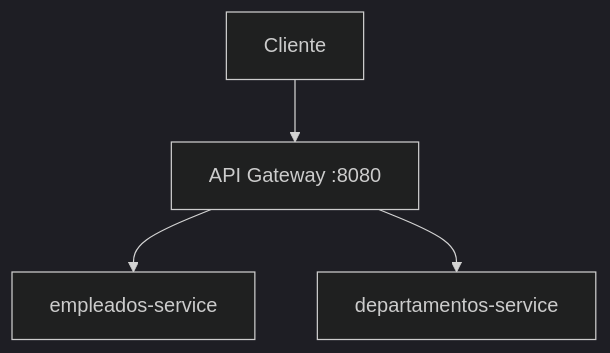
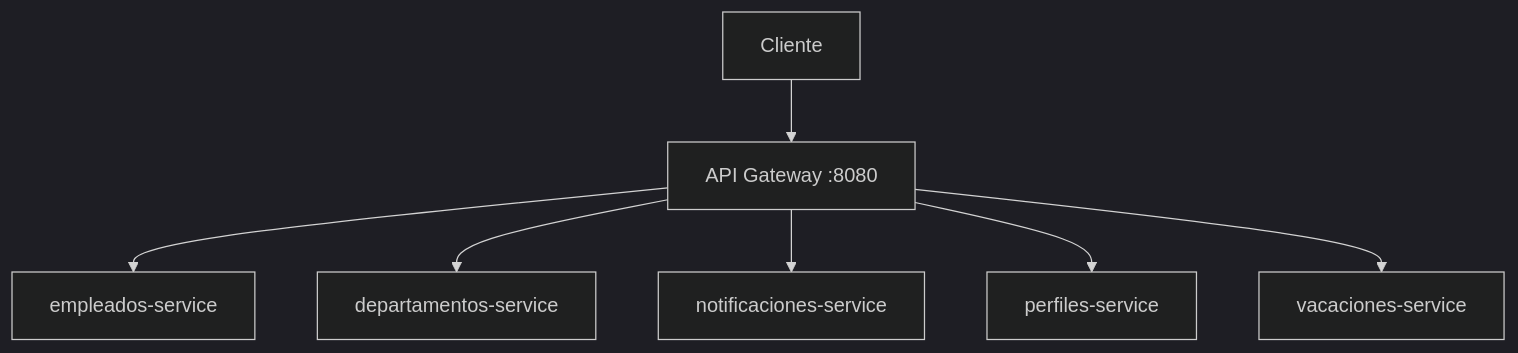
Before and after one commit to Microservicios-RHM/api-gateway: the diagram in README.md, drawn with Mermaid (dark theme). The commit also changed other lines of this file and 2 other files, not shown here.

Commit message:
Reto 4: Message Broker, notifications, profiles, vacations

````diff
--- a/README.md
+++ b/README.md
@@ -7,6 +7,9 @@
 ```mermaid
 flowchart TD
     Client[Cliente] --> Gateway[API Gateway :8080]
     Gateway --> Employees[empleados-service]
     Gateway --> Departments[departamentos-service]
+    Gateway --> Notifications[notificaciones-service]
+    Gateway --> Profiles[perfiles-service]
+    Gateway --> Vacations[vacaciones-service]
 ```
````
